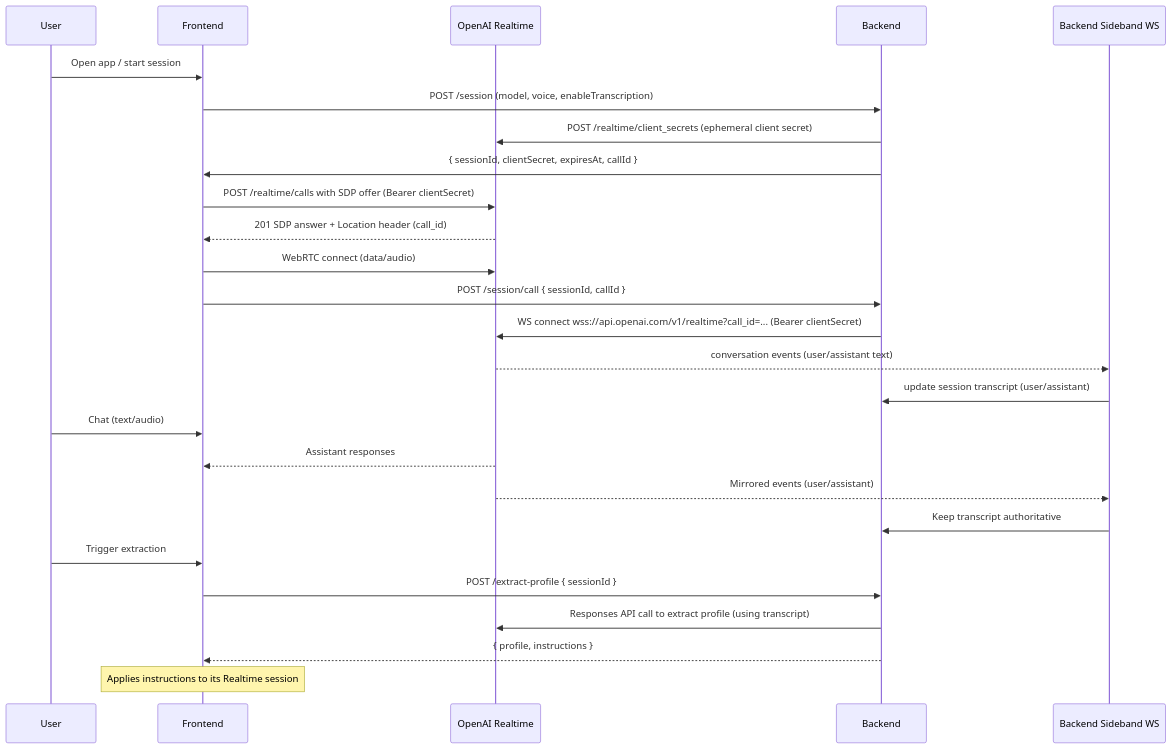
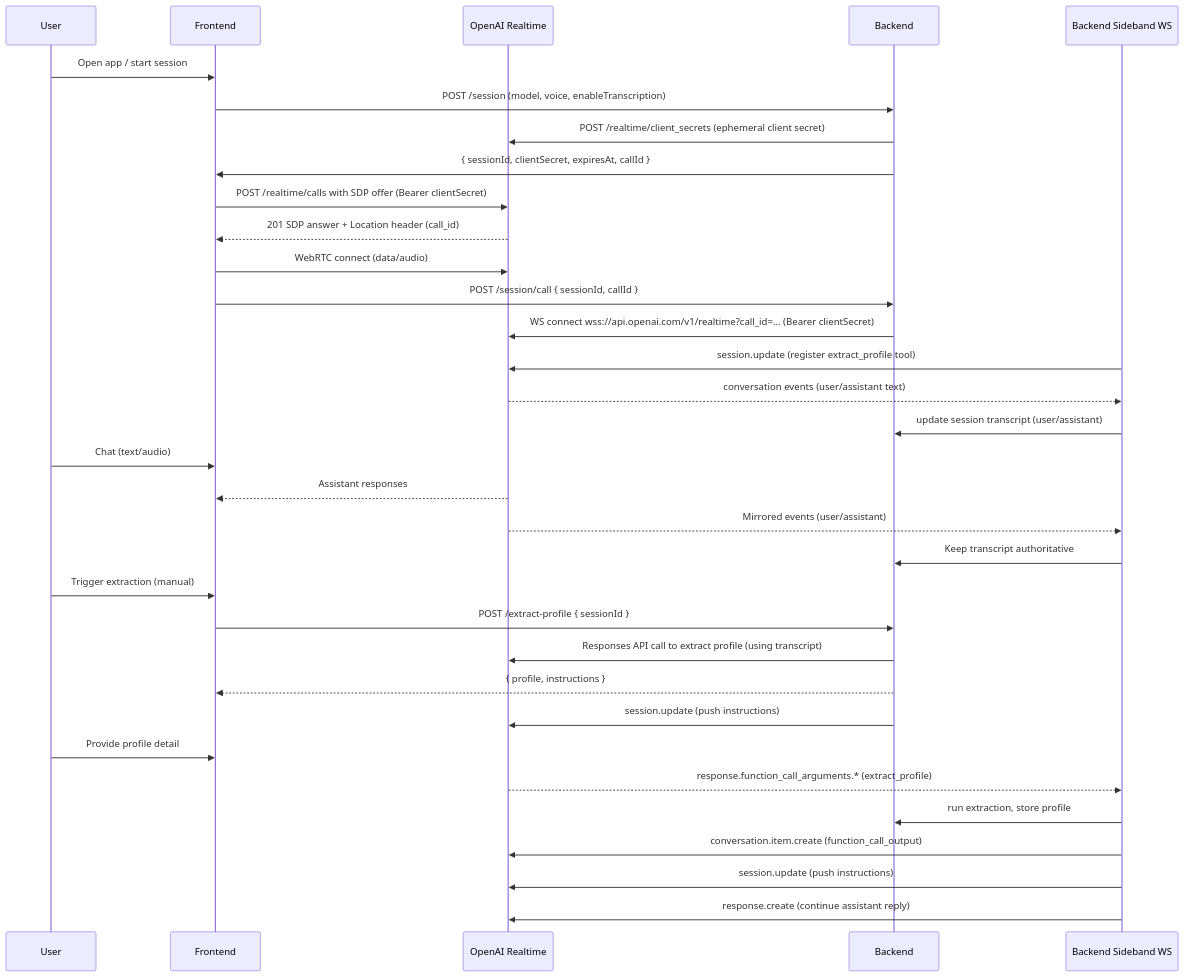
Before and after one commit to AdrianHaubrich/ai-realtime-server: the first of 3 diagrams in FLOW.md, drawn with Mermaid. The commit also changed other lines of this file and 6 other files, not shown here.

Commit message:
add automatic extraction via tool calling

````diff
--- a/FLOW.md
+++ b/FLOW.md
@@ -5,33 +5,41 @@
 ```mermaid
 sequenceDiagram
     participant User
     participant Frontend
     participant OpenAI as OpenAI Realtime
     participant Backend
     participant Sideband as Backend Sideband WS
 
     User->>Frontend: Open app / start session
     Frontend->>Backend: POST /session (model, voice, enableTranscription)
     Backend->>OpenAI: POST /realtime/client_secrets (ephemeral client secret)
     Backend->>Frontend: { sessionId, clientSecret, expiresAt, callId }
 
     Frontend->>OpenAI: POST /realtime/calls with SDP offer (Bearer clientSecret)
     OpenAI-->>Frontend: 201 SDP answer + Location header (call_id)
     Frontend->>OpenAI: WebRTC connect (data/audio)
     Frontend->>Backend: POST /session/call { sessionId, callId }
 
     Backend->>OpenAI: WS connect wss://api.openai.com/v1/realtime?call_id=... (Bearer clientSecret)
+    Sideband->>OpenAI: session.update (register extract_profile tool)
     OpenAI-->>Sideband: conversation events (user/assistant text)
     Sideband->>Backend: update session transcript (user/assistant)
 
     User->>Frontend: Chat (text/audio)
     OpenAI-->>Frontend: Assistant responses
     OpenAI-->>Sideband: Mirrored events (user/assistant)
     Sideband->>Backend: Keep transcript authoritative
 
-    User->>Frontend: Trigger extraction
+    User->>Frontend: Trigger extraction (manual)
     Frontend->>Backend: POST /extract-profile { sessionId }
     Backend->>OpenAI: Responses API call to extract profile (using transcript)
     Backend-->>Frontend: { profile, instructions }
-    Note over Frontend: Applies instructions to its Realtime session
+    Backend->>OpenAI: session.update (push instructions)
+
+    User->>Frontend: Provide profile detail
+    OpenAI-->>Sideband: response.function_call_arguments.* (extract_profile)
+    Sideband->>Backend: run extraction, store profile
+    Sideband->>OpenAI: conversation.item.create (function_call_output)
+    Sideband->>OpenAI: session.update (push instructions)
+    Sideband->>OpenAI: response.create (continue assistant reply)
 ```
````
